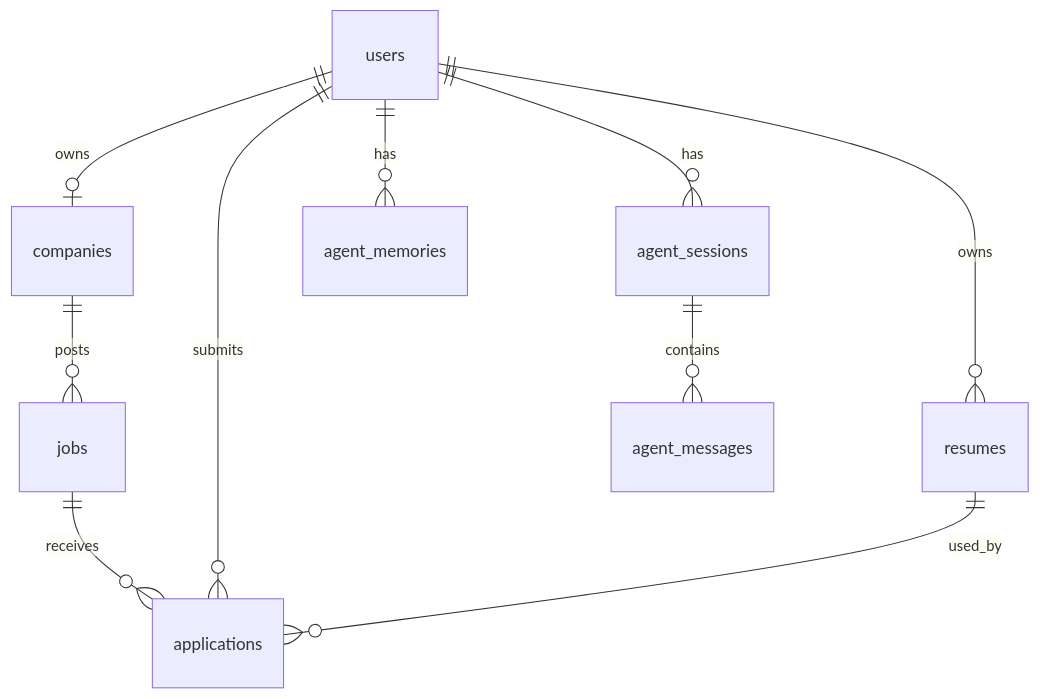
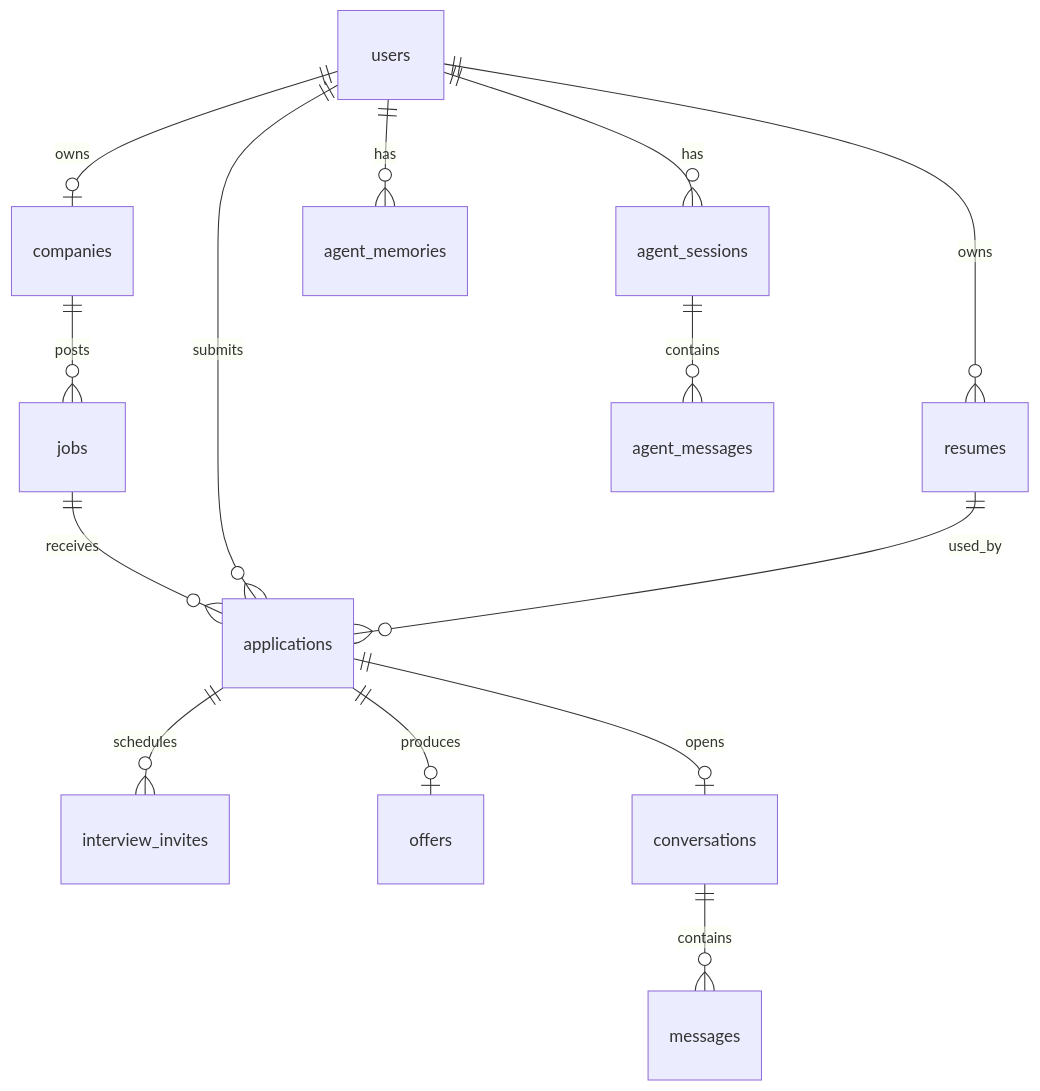
Before and after one commit to Akikakoi/JobCopilot: the fourth of 4 diagrams in docs/开发文档.md, drawn with Mermaid. The commit also changed other lines of this file and 5 other files, not shown here.

````diff
--- a/docs/开发文档.md
+++ b/docs/开发文档.md
@@ -264,12 +278,16 @@
 ```mermaid
 erDiagram
     users ||--o{ resumes : owns
     users ||--o| companies : owns
     companies ||--o{ jobs : posts
     jobs ||--o{ applications : receives
     users ||--o{ applications : submits
+    applications ||--o{ interview_invites : schedules
+    applications ||--o| offers : produces
+    applications ||--o| conversations : opens
+    conversations ||--o{ messages : contains
     users ||--o{ agent_sessions : has
     agent_sessions ||--o{ agent_messages : contains
     users ||--o{ agent_memories : has
     resumes ||--o{ applications : used_by
 ```
````
